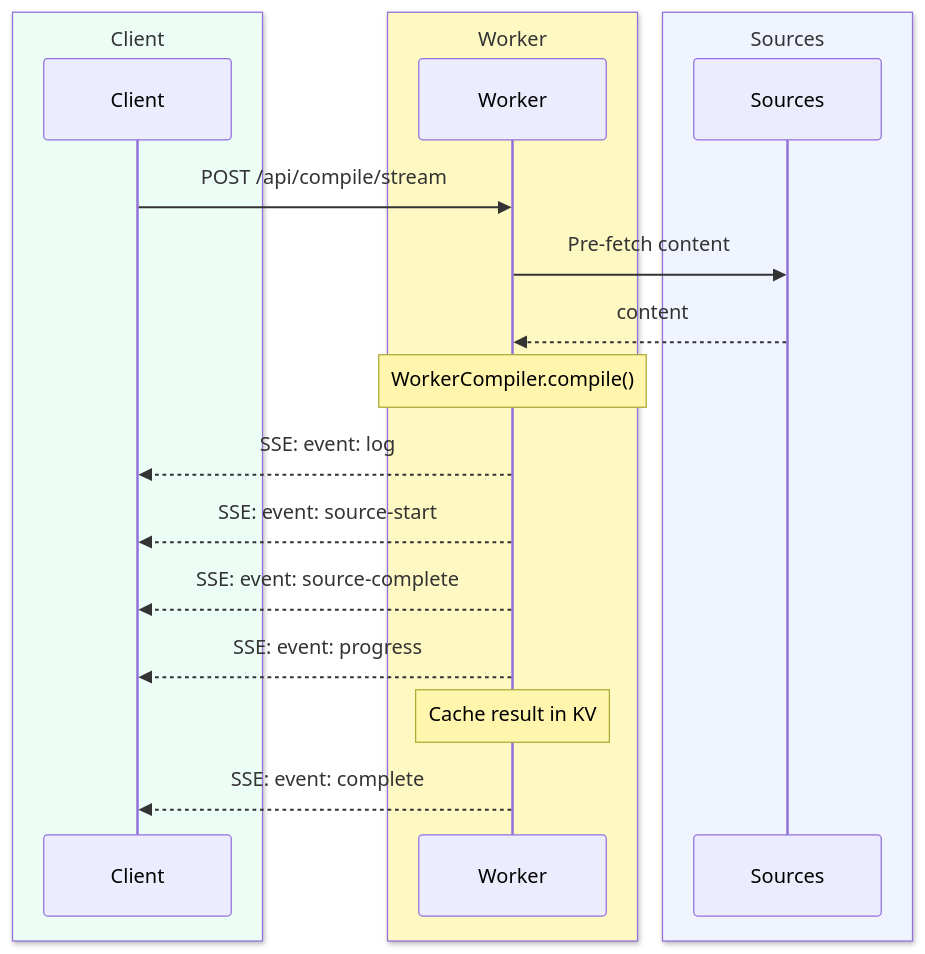
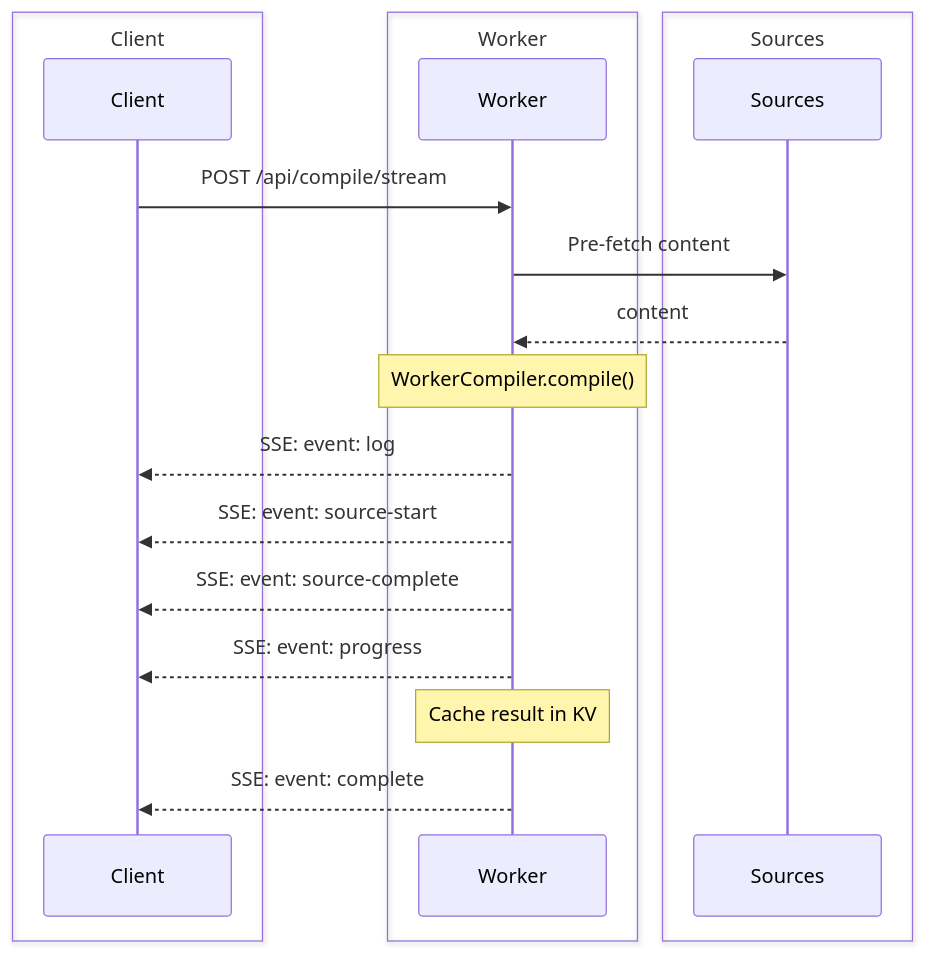
Before and after one commit to jaypatrick/adblock-compiler: diagram 17 of 19 in docs/development/ARCHITECTURE.md, drawn with Mermaid. The commit also changed other lines of this file and 6 other files, not shown here.

First line of the commit message:
fix: Mermaid diagram errors, dark theme compatibility, and mdhelp scroll reset (#1540)

````diff
--- a/docs/development/ARCHITECTURE.md
+++ b/docs/development/ARCHITECTURE.md
@@ -782,23 +782,23 @@
 ```mermaid
 sequenceDiagram
-    box rgb(236,253,245) Client
+    box Client
         participant Client
     end
-    box rgb(254,249,195) Worker
+    box Worker
         participant Worker
     end
-    box rgb(240,244,255) Sources
+    box Sources
         participant Sources
     end
 
     Client->>Worker: POST /api/compile/stream
     Worker->>Sources: Pre-fetch content
     Sources-->>Worker: content
     Note over Worker: WorkerCompiler.compile()
     Worker-->>Client: SSE: event: log
     Worker-->>Client: SSE: event: source-start
     Worker-->>Client: SSE: event: source-complete
     Worker-->>Client: SSE: event: progress
     Note over Worker: Cache result in KV
     Worker-->>Client: SSE: event: complete
 ```
````
